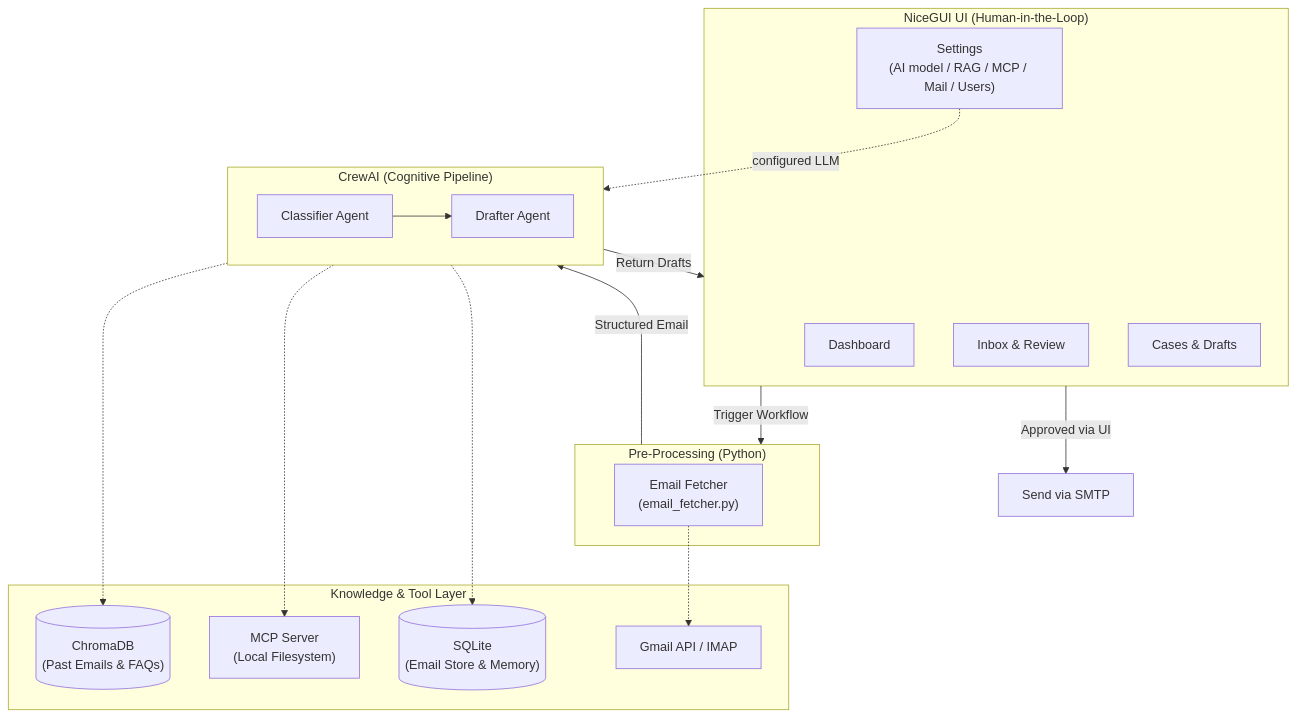
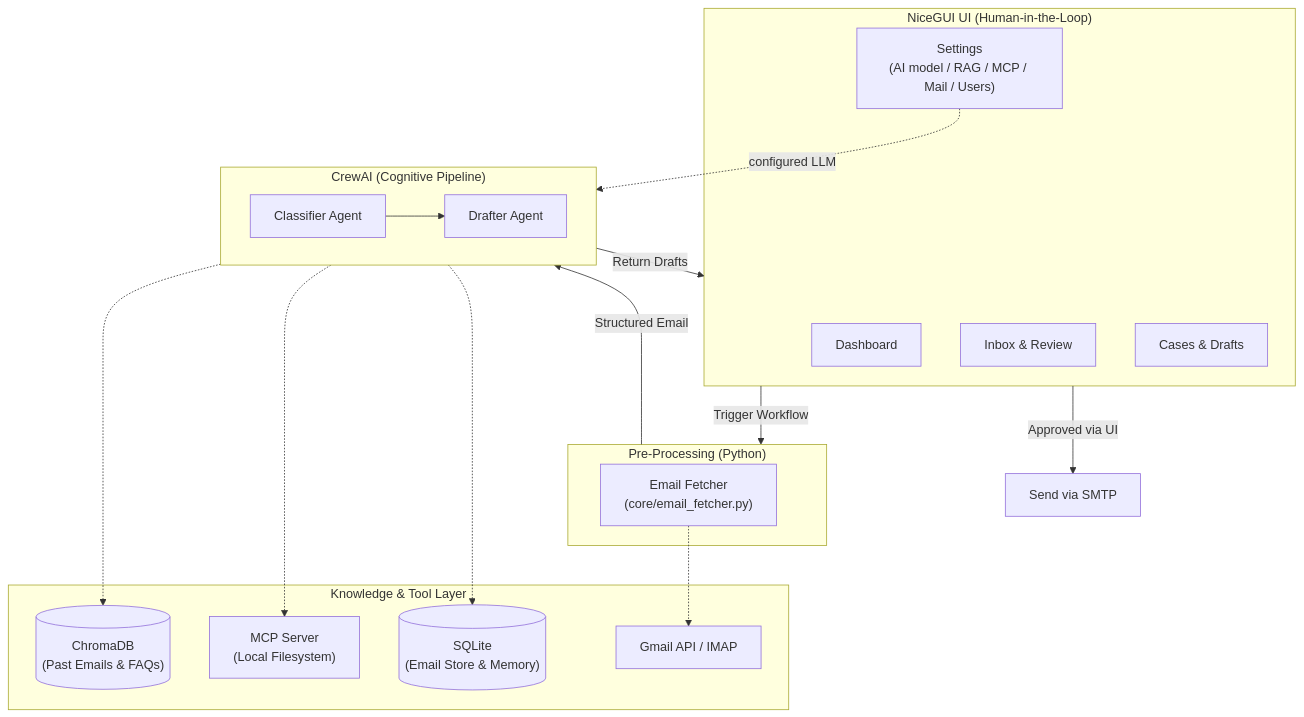
Before and after one commit to PolyU-Computer-Science/Year4-COMP4913-Capstone-Project: the first of 5 diagrams in README.md, drawn with Mermaid. The commit also changed other lines of this file and 11 other files, not shown here.

````diff
--- a/README.md
+++ b/README.md
@@ -59,36 +59,36 @@
 ```mermaid
 flowchart TB
     subgraph UI["NiceGUI UI (Human-in-the-Loop)"]
         Dashboard["Dashboard"]
         Inbox["Inbox & Review"]
         Cases["Cases & Drafts"]
         Settings["Settings<br/>(AI model / RAG / MCP / Mail / Users)"]
     end
 
     subgraph PreProcess["Pre-Processing (Python)"]
-        Fetcher["Email Fetcher\n(email_fetcher.py)"]
+        Fetcher["Email Fetcher\n(core/email_fetcher.py)"]
     end
 
     subgraph Crew["CrewAI (Cognitive Pipeline)"]
         direction LR
         Classifier["Classifier Agent"] --> Drafter["Drafter Agent"]
     end
 
     subgraph Data["Knowledge & Tool Layer"]
         RAG[("ChromaDB\n(Past Emails & FAQs)")]
         SQLite[("SQLite\n(Email Store & Memory)")]
         MCP["MCP Server\n(Local Filesystem)"]
         IMAP["Gmail API / IMAP"]
     end
 
     UI -->|Trigger Workflow| PreProcess
     PreProcess -->|Structured Email| Crew
     Crew -->|Return Drafts| UI
     UI -->|Approved via UI| SMTP["Send via SMTP"]
 
     Settings -.->|configured LLM| Crew
     Fetcher -.-> IMAP
     Drafter -.-> RAG
     Drafter -.-> MCP
     Crew -.-> SQLite
 ```
````
